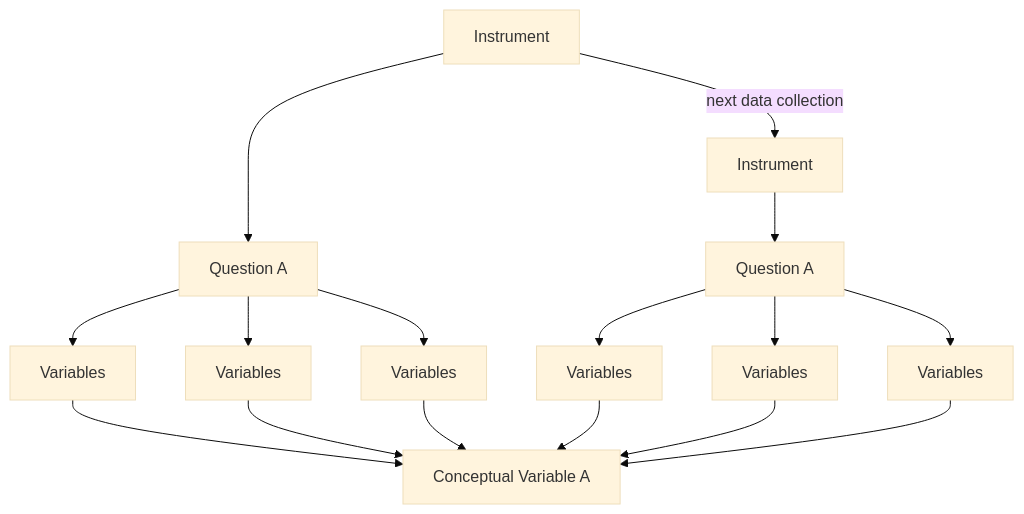
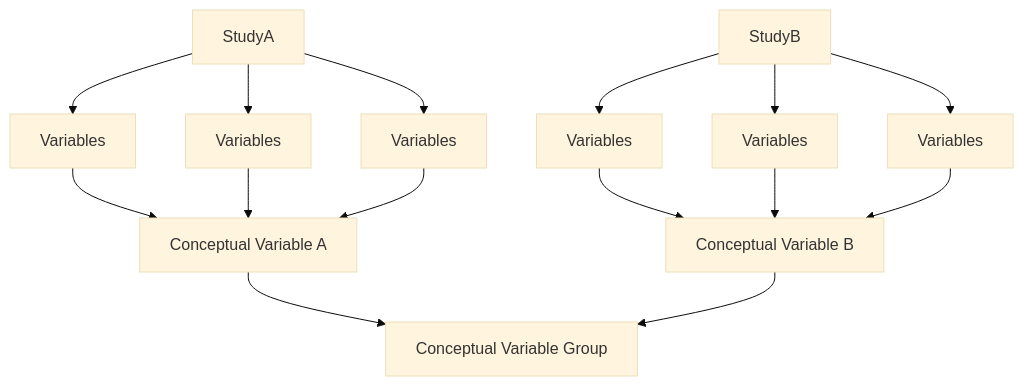
Before and after one commit to Making-Sense-Info/Varese: the diagram in use-cases/closer-across-studies.md, drawn with Mermaid (base theme). The commit also changed other lines of this file, not shown here.

````diff
--- a/use-cases/closer-across-studies.md
+++ b/use-cases/closer-across-studies.md
@@ -25,18 +23,18 @@
 ``` mermaid
 graph TB
-  Inst1[Instrument] --> QA[Question A]
-  QA[Question A] --> VA1[Variables]
-  QA[Question A] --> VA2[Variables]
-  QA[Question A] --> VA3[Variables]
+
+  StudyA --> VA1
+  StudyA --> VA2
+  StudyA --> VA3
   VA1[Variables] --> CV1[Conceptual Variable A] 
   VA2[Variables] --> CV1[Conceptual Variable A] 
   VA3[Variables] --> CV1[Conceptual Variable A]
-  Inst2[Instrument] --> QB[Question A]
-  QB[Question A] --> VB1[Variables]
-  QB[Question A] --> VB2[Variables]
-  QB[Question A] --> VB3[Variables]
-  VB1[Variables] --> CV1[Conceptual Variable A] 
-  VB2[Variables] --> CV1[Conceptual Variable A] 
-  VB3[Variables] --> CV1[Conceptual Variable A]
-  Inst1[Instrument] -- next data collection -->   Inst2[Instrument] 
+  StudyB --> VB1
+  StudyB --> VB2
+  StudyB --> VB3
+  VB1[Variables] --> CV2[Conceptual Variable B] 
+  VB2[Variables] --> CV2[Conceptual Variable B] 
+  VB3[Variables] --> CV2[Conceptual Variable B]
+  CV1 --> CVG[Conceptual Variable Group]
+  CV2 --> CVG[Conceptual Variable Group]
 ```
````
